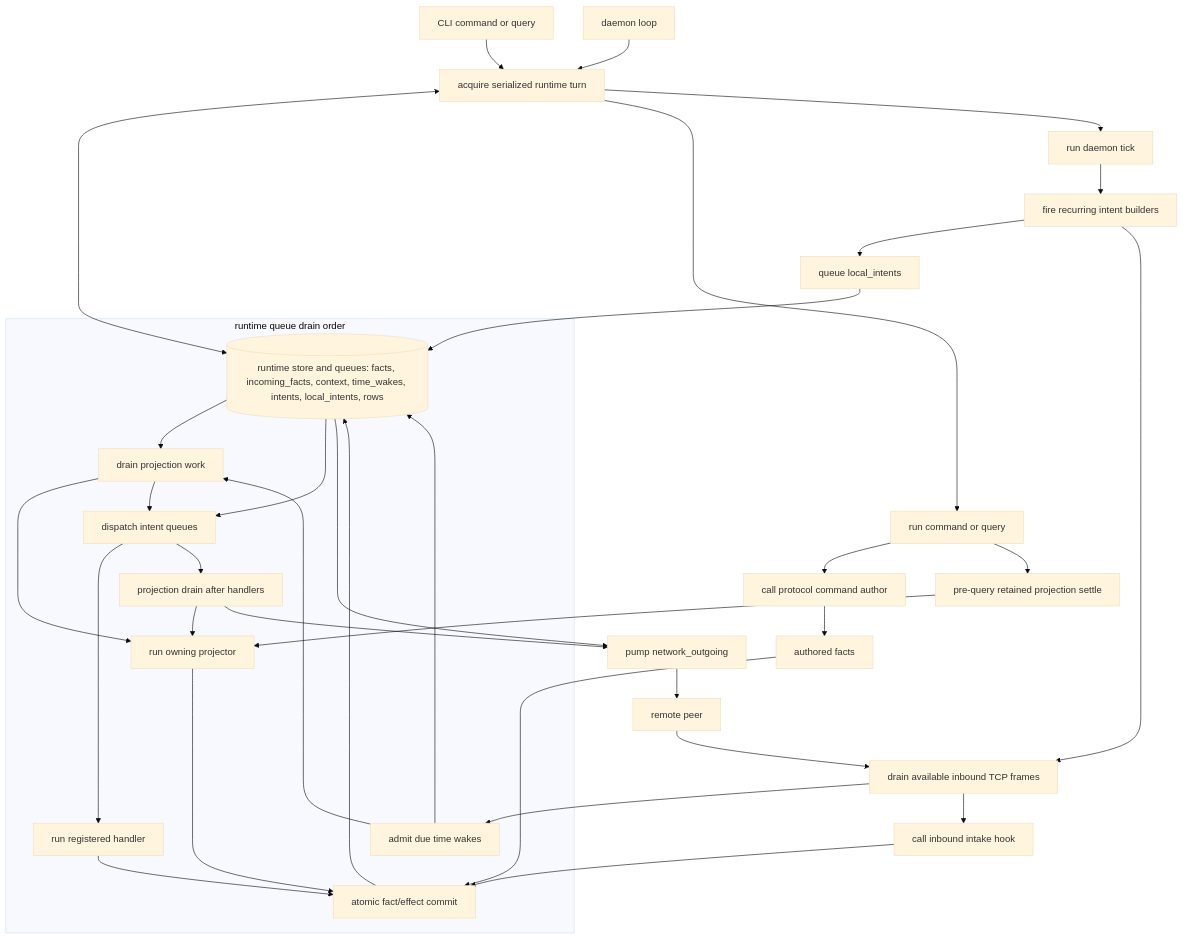
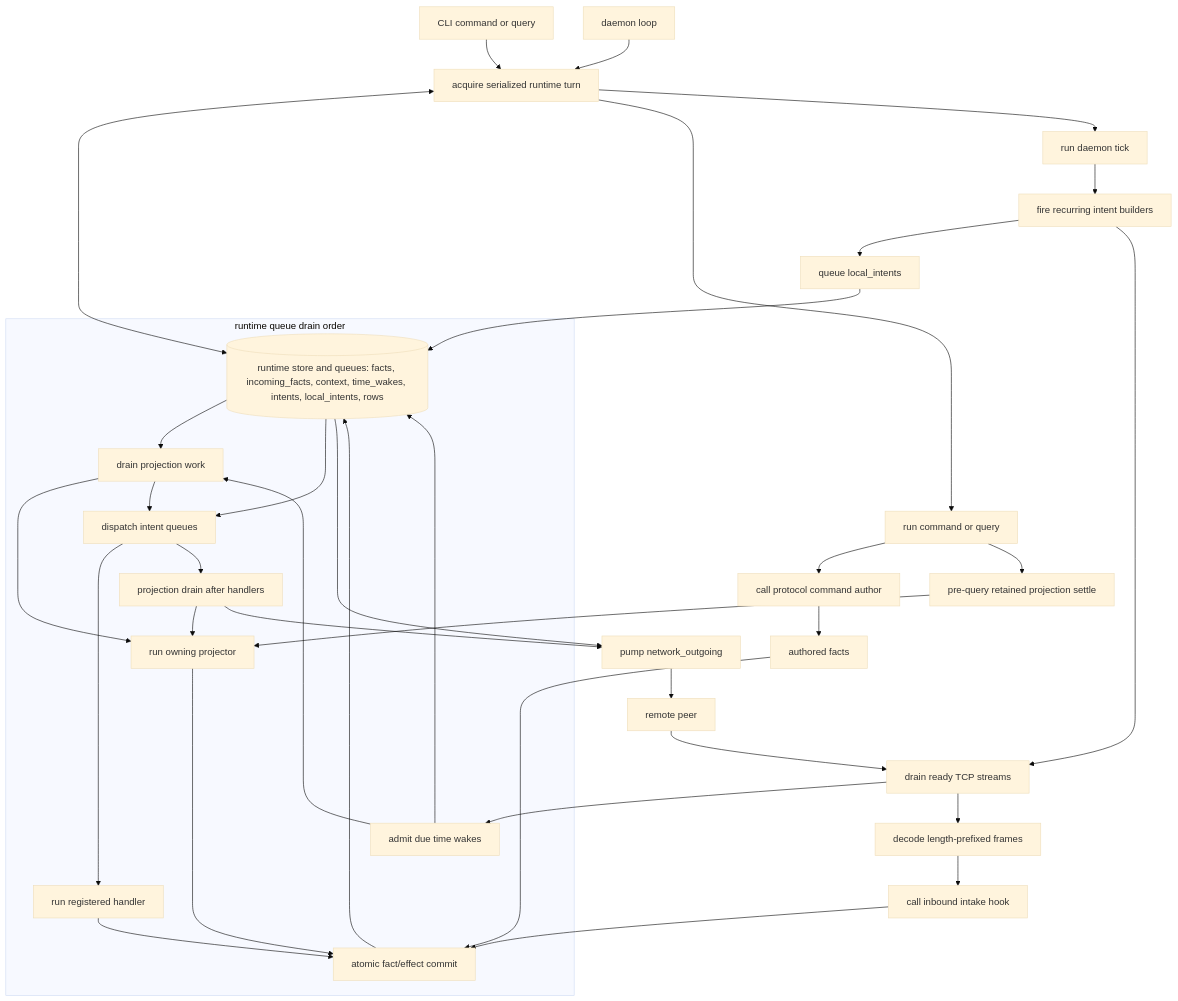
One commit to holmesworcester/poc-10 changed the first of 5 diagrams in ARCHITECTURE_DIAGRAMS.md. Above: the diagram before and after it, drawn with Mermaid (base theme). The commit also changed other lines of this file and 1 other file, not shown here.

Commit message:
Clarify inbound stream draining

````diff
--- a/ARCHITECTURE_DIAGRAMS.md
+++ b/ARCHITECTURE_DIAGRAMS.md
@@ -15,43 +21,44 @@
 ```mermaid
 %%{init: {"flowchart": {"wrappingWidth": 320}} }%%
 flowchart TD
     CLI["CLI command or query"] --> TURN["acquire serialized runtime turn"]
     DAEMON["daemon loop"] --> TURN
     TURN <--> STORE[("runtime store and queues: facts, incoming_facts, context, time_wakes, intents, local_intents, rows")]
 
     TURN --> COMMAND_PATH["run command or query"]
     COMMAND_PATH --> COMMANDS["call protocol command author"]
     COMMANDS --> COMMAND_FACTS["authored facts"]
     COMMAND_FACTS --> COMMIT["atomic fact/effect commit"]
     COMMAND_PATH --> PREQUERY["pre-query retained projection settle"]
     PREQUERY --> PROJECTOR
 
     TURN --> DAEMON_PATH["run daemon tick"]
     DAEMON_PATH --> FIRE["fire recurring intent builders"]
     FIRE --> LOCAL_QUEUE["queue local_intents"]
     LOCAL_QUEUE --> STORE
-    FIRE --> NET_IN["drain available inbound TCP frames"]
-    NET_IN --> INTAKE["call inbound intake hook"]
+    FIRE --> NET_IN["drain ready TCP streams"]
+    NET_IN --> FRAME["decode length-prefixed frames"]
+    FRAME --> INTAKE["call inbound intake hook"]
     INTAKE --> COMMIT
     NET_IN --> TIME["admit due time wakes"]
     TIME --> STORE
 
     subgraph DRAIN["runtime queue drain order"]
       TIME --> PROJECTION_A["drain projection work"]
       STORE --> PROJECTION_A
       PROJECTION_A --> PROJECTOR["run owning projector"]
       PROJECTOR --> COMMIT
       PROJECTION_A --> DISPATCH["dispatch intent queues"]
       STORE --> DISPATCH
       DISPATCH --> HANDLERS["run registered handler"]
       HANDLERS --> COMMIT
       DISPATCH --> PROJECTION_B["projection drain after handlers"]
       PROJECTION_B --> PROJECTOR
     end
 
     COMMIT --> STORE
     PROJECTION_B --> NET_OUT["pump network_outgoing"]
     STORE --> NET_OUT
     NET_OUT --> PEER["remote peer"]
     PEER --> NET_IN
 ```
````
